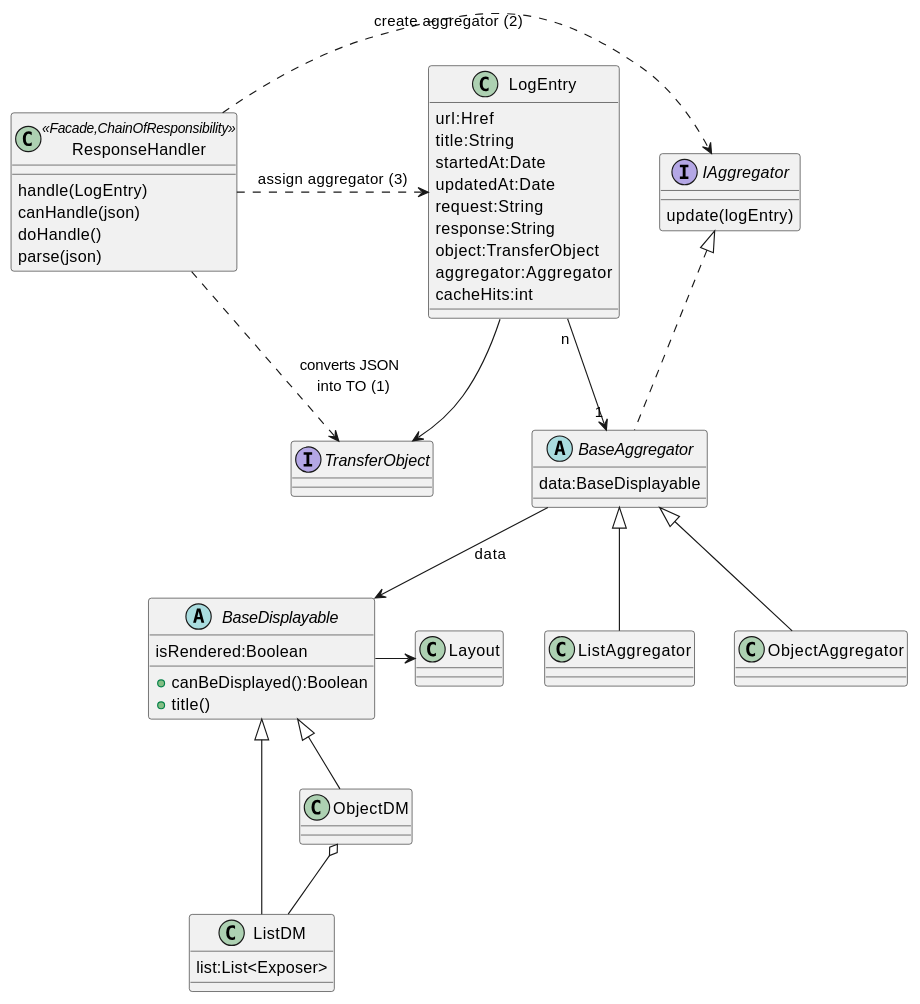
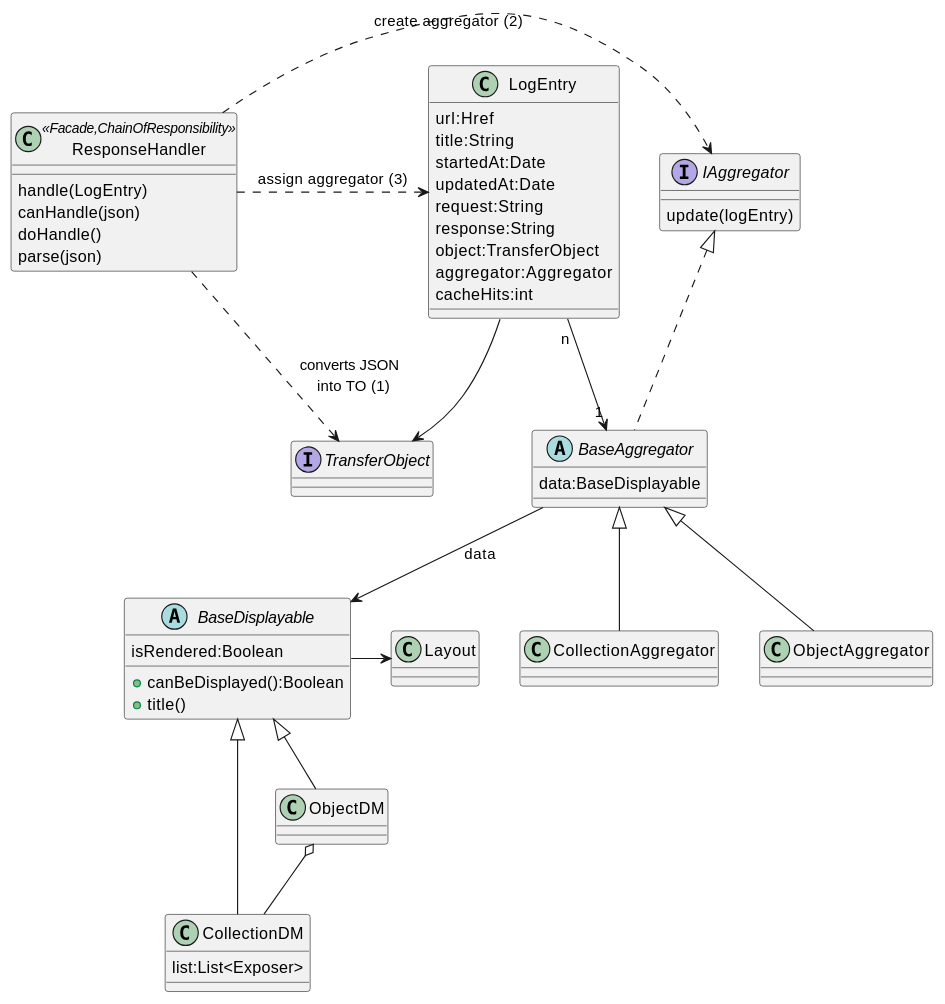
The diagram in incubator/clients/kroviz/adoc/modules/kroviz/partials/design/uml-aggregator.adoc (apache/causeway), drawn with PlantUML before and after one commit. The commit also changed 19 other files, not shown here.

Commit message:
ISIS-2505 ListDM/Aggregator renamed to Collection*, ObjectAggregator can have multiple CollectionAggregators (for parented collections), demo.JavaLangStringJdo entities not shown yet

```diff
--- a/incubator/clients/kroviz/adoc/modules/kroviz/partials/design/uml-aggregator.adoc
+++ b/incubator/clients/kroviz/adoc/modules/kroviz/partials/design/uml-aggregator.adoc
@@ -4,62 +4,62 @@
 [plantuml,file="uml-aggregator.png"]
 ----
 @startuml
 
 class LogEntry {
     url:Href
     title:String
     startedAt:Date
     updatedAt:Date
     request:String
     response:String
     object:TransferObject
     aggregator:Aggregator
     cacheHits:int
 }
 LogEntry --> TransferObject
 LogEntry "n" --> "1" BaseAggregator
 
 class ResponseHandler<<Facade,ChainOfResponsibility>>{
     handle(LogEntry)
     canHandle(json)
     doHandle()
     parse(json)
 }
 ResponseHandler .> TransferObject : converts JSON \n into TO (1)
 ResponseHandler .> IAggregator : create aggregator (2)
 ResponseHandler .> LogEntry  : assign aggregator (3)
 
 interface TransferObject
 
 interface IAggregator {
     update(logEntry)
 }
 
 abstract class BaseAggregator {
     data:BaseDisplayable
 }
 
 IAggregator <|.. BaseAggregator
-BaseAggregator <|-- ListAggregator
+BaseAggregator <|-- CollectionAggregator
 BaseAggregator <|-- ObjectAggregator
 BaseAggregator --> BaseDisplayable : data
 
 
 abstract class BaseDisplayable {
     isRendered:Boolean
     +canBeDisplayed():Boolean
     +title()
 }
 
-class ListDM {
+class CollectionDM {
     list:List<Exposer>
 }
 
 BaseDisplayable -> Layout
-BaseDisplayable <|-- ListDM
+BaseDisplayable <|-- CollectionDM
 BaseDisplayable <|-- ObjectDM
 
-ObjectDM o-- ListDM
+ObjectDM o-- CollectionDM
 
 @enduml
 ----
```
